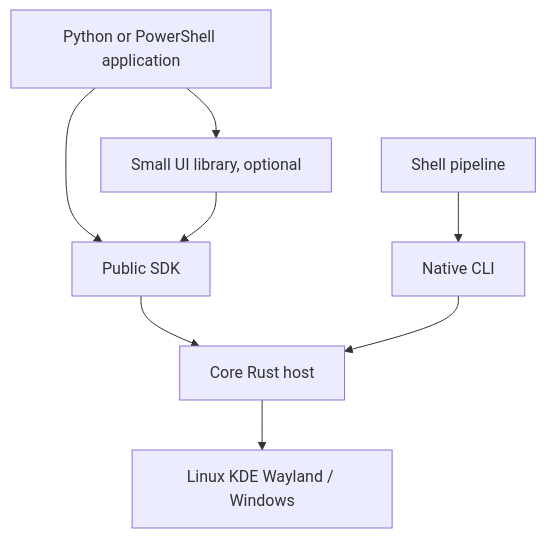
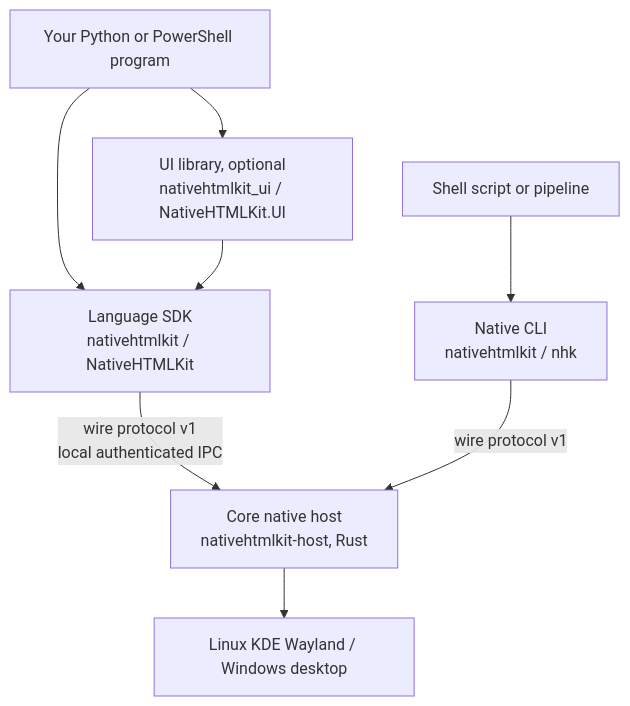
One commit to nativehtmlkit/nativehtmlkit changed the diagram in docs/concepts/architecture.md. Above: the diagram before and after it, drawn with Mermaid. The commit also changed other lines of this file and 49 other files, not shown here.

````diff
--- a/docs/concepts/architecture.md
+++ b/docs/concepts/architecture.md
@@ -3,10 +3,10 @@
 ```mermaid
 flowchart TD
-  USER[Python or PowerShell application] --> U[Small UI library, optional]
-  USER --> S[Public SDK]
-  U --> S
-  SHELL[Shell pipeline] --> CLI[Native CLI]
-  S --> HOST[Core Rust host]
-  CLI --> HOST
-  HOST --> NATIVE[Linux KDE Wayland / Windows]
+  APP[Your Python or PowerShell program] --> UI[UI library, optional<br/>nativehtmlkit_ui / NativeHTMLKit.UI]
+  APP --> SDK[Language SDK<br/>nativehtmlkit / NativeHTMLKit]
+  UI --> SDK
+  SHELL[Shell script or pipeline] --> CLI[Native CLI<br/>nativehtmlkit / nhk]
+  SDK -->|wire protocol v1<br/>local authenticated IPC| HOST[Core native host<br/>nativehtmlkit-host, Rust]
+  CLI -->|wire protocol v1| HOST
+  HOST --> OS[Linux KDE Wayland / Windows desktop]
 ```
````
